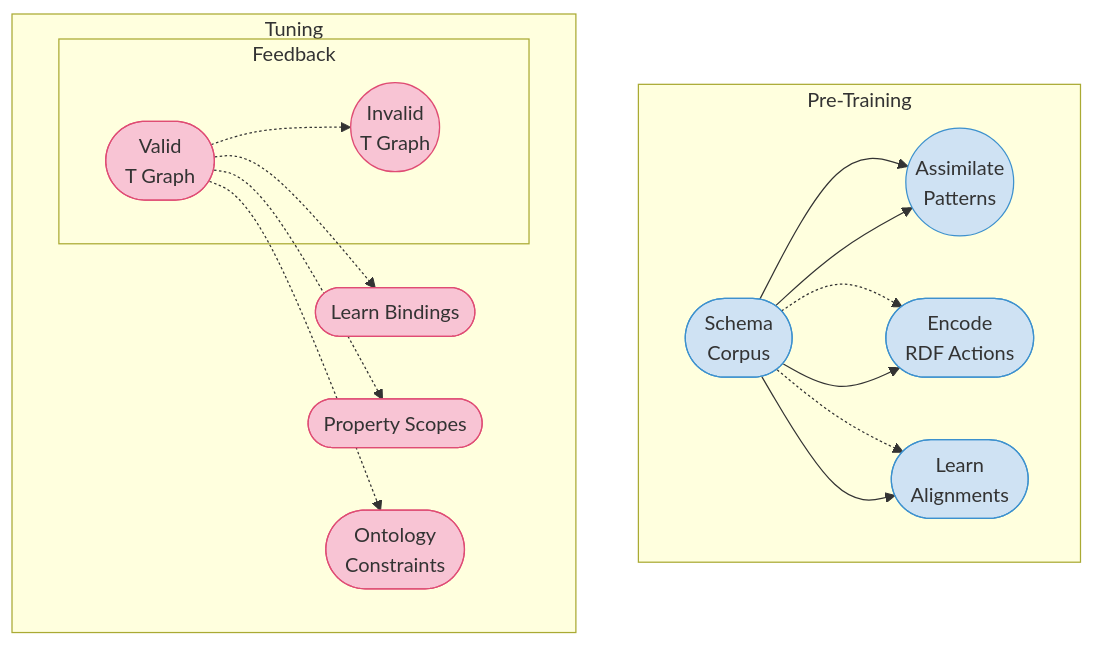
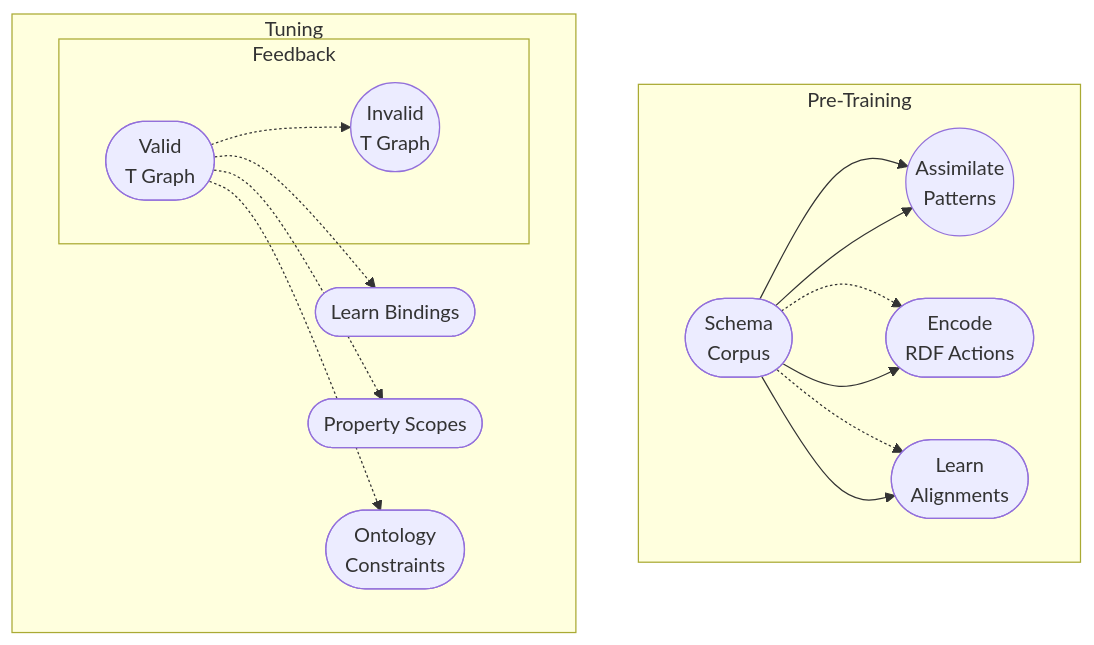
One commit to mgorav/TaxonomyLLM changed the diagram in Methodology.mermaid. Above: the diagram before and after it, drawn with Mermaid. The commit also changed 2 other files, not shown here.

```diff
--- a/Methodology.mermaid
+++ b/Methodology.mermaid
@@ -1,29 +1,26 @@
 graph TB
 
     subgraph "Pre-Training"
 
         SchemaStore([Schema<br>Corpus])-->Assimilate((Assimilate<br>Patterns))
         SchemaStore-.->Encode([Encode<br>RDF Actions])
         SchemaStore-.->Align([Learn<br>Alignments])
 
-        classDef blue fill:#cfe2f3,stroke:#3d91ce
         class SchemaStore,Assimilate,Encode,Align blue
 
         SchemaStore-->Assimilate
         SchemaStore-->Encode
         SchemaStore-->Align
     end
 
     subgraph "Tuning"
 
         subgraph "Feedback"
             Valid([Valid<br>T Graph])-.->Invalid((Invalid<br>T Graph))
         end
 
         Valid-.->Bindings([Learn Bindings])
         Valid-.->ScopeRules([Property Scopes])
         Valid-.->Constraints([Ontology<br>Constraints])
 
-        classDef red fill:#f8c4d4,stroke:#df4c74
-        class Valid,Invalid,Bindings,ScopeRules,Constraints red
     end
```
